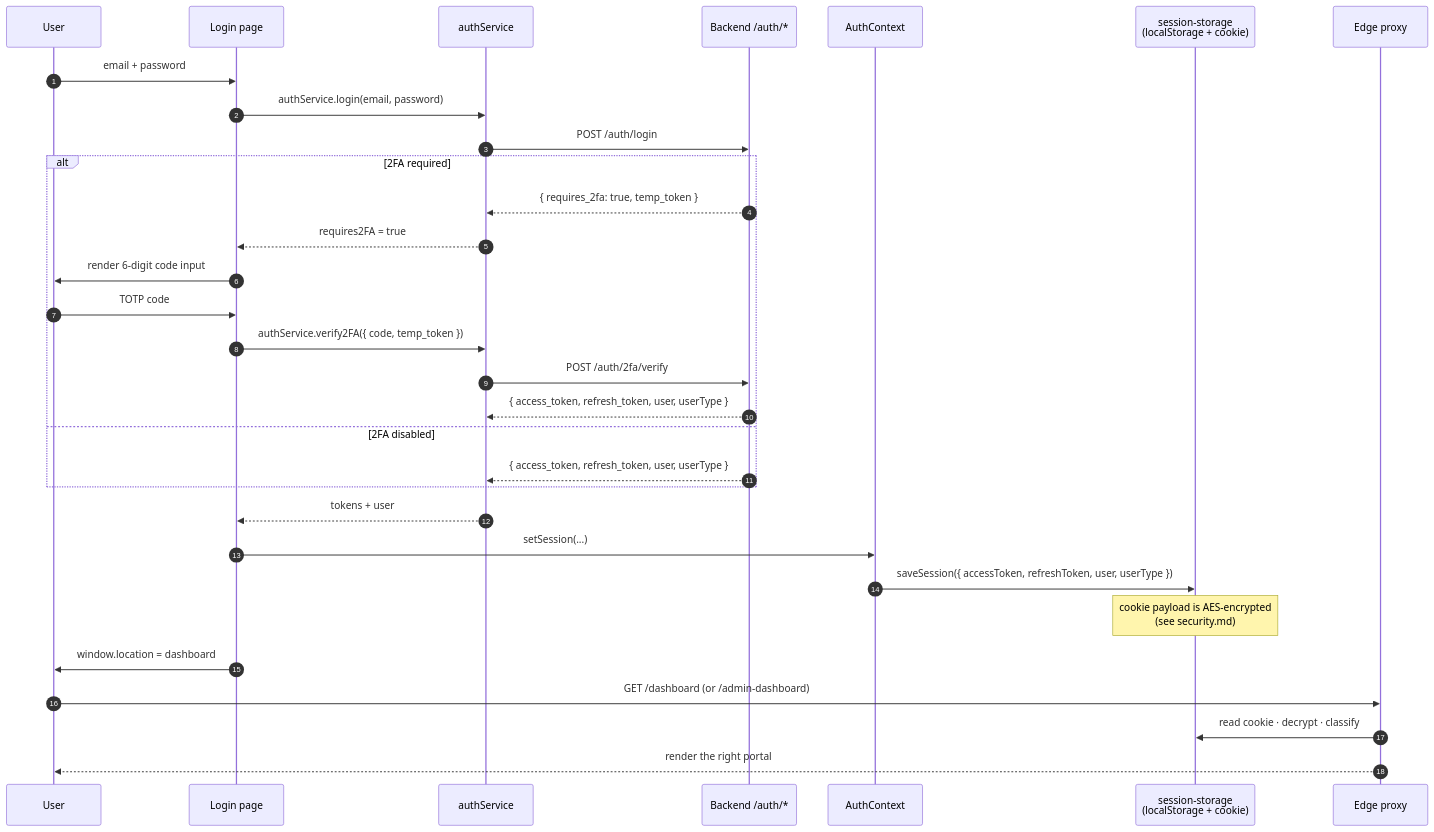
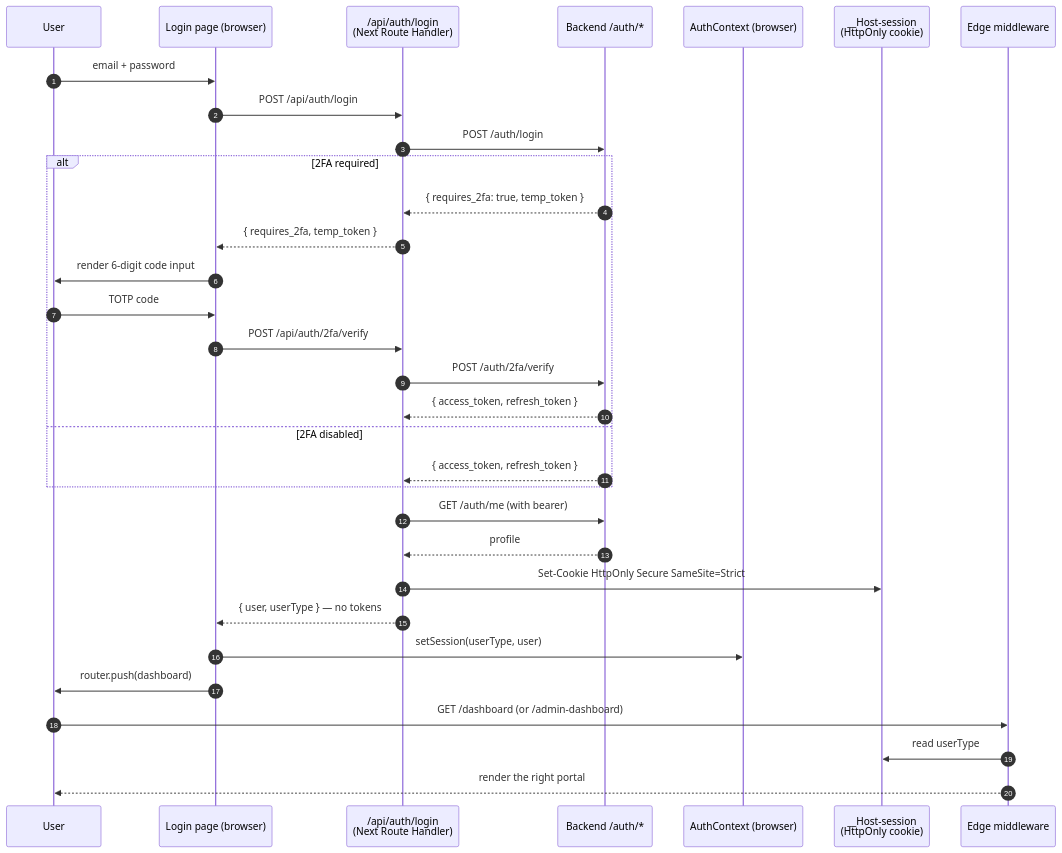
The first of 4 diagrams in docs/auth-and-rbac.md (blacheinc/payswitch-cs-frontend), drawn with Mermaid before and after one commit. The commit also changed other lines of this file and 46 other files, not shown here.

Commit message:
refactor: modify authentication flow to improve security and penetration guard

````diff
--- a/docs/auth-and-rbac.md
+++ b/docs/auth-and-rbac.md
@@ -24,34 +24,35 @@
 ```mermaid
 sequenceDiagram
     autonumber
     participant U as User
-    participant LP as Login page
-    participant Auth as authService
+    participant LP as Login page (browser)
+    participant NextLogin as /api/auth/login<br/>(Next Route Handler)
     participant API as Backend /auth/*
-    participant Ctx as AuthContext
-    participant Store as session-storage<br/>(localStorage + cookie)
-    participant Proxy as Edge proxy
+    participant Ctx as AuthContext (browser)
+    participant Cookie as __Host-session<br/>(HttpOnly cookie)
+    participant Proxy as Edge middleware
 
     U->>LP: email + password
-    LP->>Auth: authService.login(email, password)
-    Auth->>API: POST /auth/login
+    LP->>NextLogin: POST /api/auth/login
+    NextLogin->>API: POST /auth/login
     alt 2FA required
-        API-->>Auth: { requires_2fa: true, temp_token }
-        Auth-->>LP: requires2FA = true
+        API-->>NextLogin: { requires_2fa: true, temp_token }
+        NextLogin-->>LP: { requires_2fa, temp_token }
         LP->>U: render 6-digit code input
         U->>LP: TOTP code
-        LP->>Auth: authService.verify2FA({ code, temp_token })
-        Auth->>API: POST /auth/2fa/verify
-        API-->>Auth: { access_token, refresh_token, user, userType }
+        LP->>NextLogin: POST /api/auth/2fa/verify
+        NextLogin->>API: POST /auth/2fa/verify
+        API-->>NextLogin: { access_token, refresh_token }
     else 2FA disabled
-        API-->>Auth: { access_token, refresh_token, user, userType }
+        API-->>NextLogin: { access_token, refresh_token }
     end
-    Auth-->>LP: tokens + user
-    LP->>Ctx: setSession(...)
-    Ctx->>Store: saveSession({ accessToken, refreshToken, user, userType })
-    Note over Store: cookie payload is AES-encrypted<br/>(see security.md)
-    LP->>U: window.location = dashboard
+    NextLogin->>API: GET /auth/me (with bearer)
+    API-->>NextLogin: profile
+    NextLogin->>Cookie: Set-Cookie HttpOnly Secure SameSite=Strict
+    NextLogin-->>LP: { user, userType } — no tokens
+    LP->>Ctx: setSession(userType, user)
+    LP->>U: router.push(dashboard)
     U->>Proxy: GET /dashboard (or /admin-dashboard)
-    Proxy->>Store: read cookie · decrypt · classify
+    Proxy->>Cookie: read userType
     Proxy-->>U: render the right portal
 ```
````
